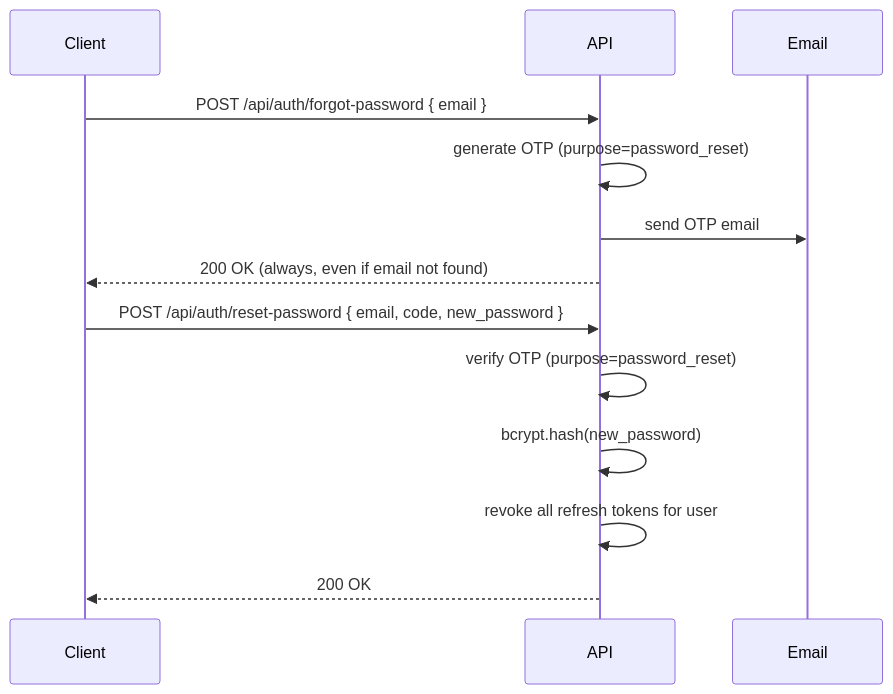
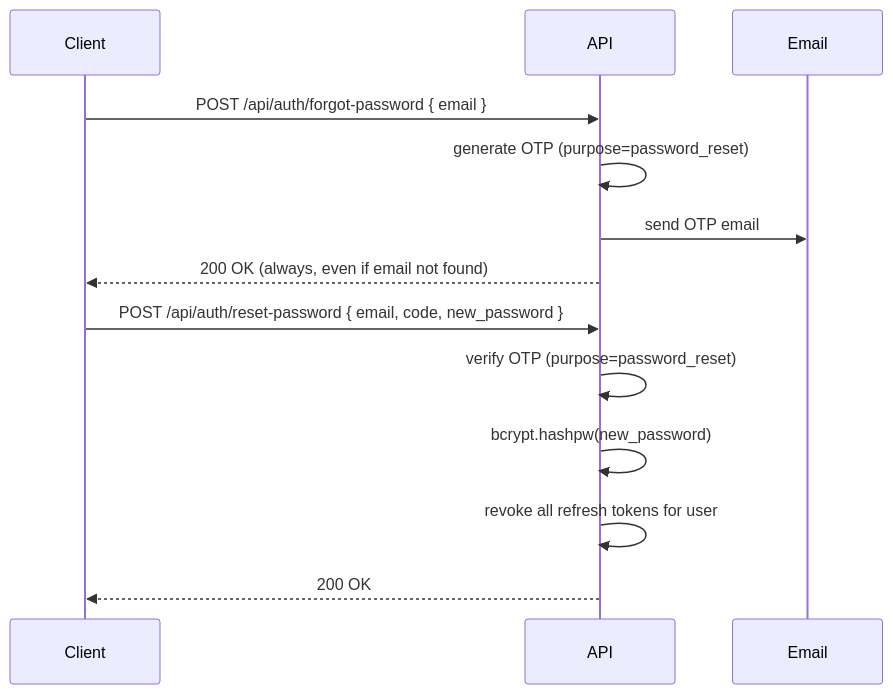
The tenth of 10 diagrams in docs/AUTH.md (mattjaikaran/fastapi-boilerplate), drawn with Mermaid before and after one commit. The commit also changed other lines of this file and 6 other files, not shown here.

````diff
--- a/docs/AUTH.md
+++ b/docs/AUTH.md
@@ -336,17 +352,17 @@
 ```mermaid
 sequenceDiagram
     participant C as Client
     participant A as API
     participant E as Email
 
     C->>A: POST /api/auth/forgot-password { email }
     A->>A: generate OTP (purpose=password_reset)
     A->>E: send OTP email
     A-->>C: 200 OK (always, even if email not found)
 
     C->>A: POST /api/auth/reset-password { email, code, new_password }
     A->>A: verify OTP (purpose=password_reset)
-    A->>A: bcrypt.hash(new_password)
+    A->>A: bcrypt.hashpw(new_password)
     A->>A: revoke all refresh tokens for user
     A-->>C: 200 OK
 ```
````
